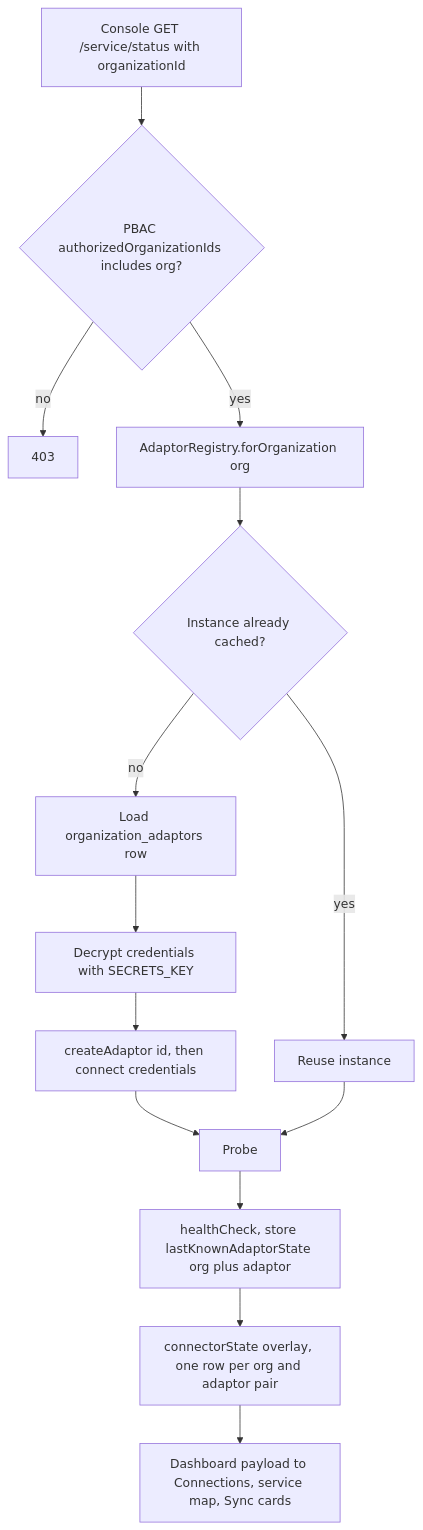
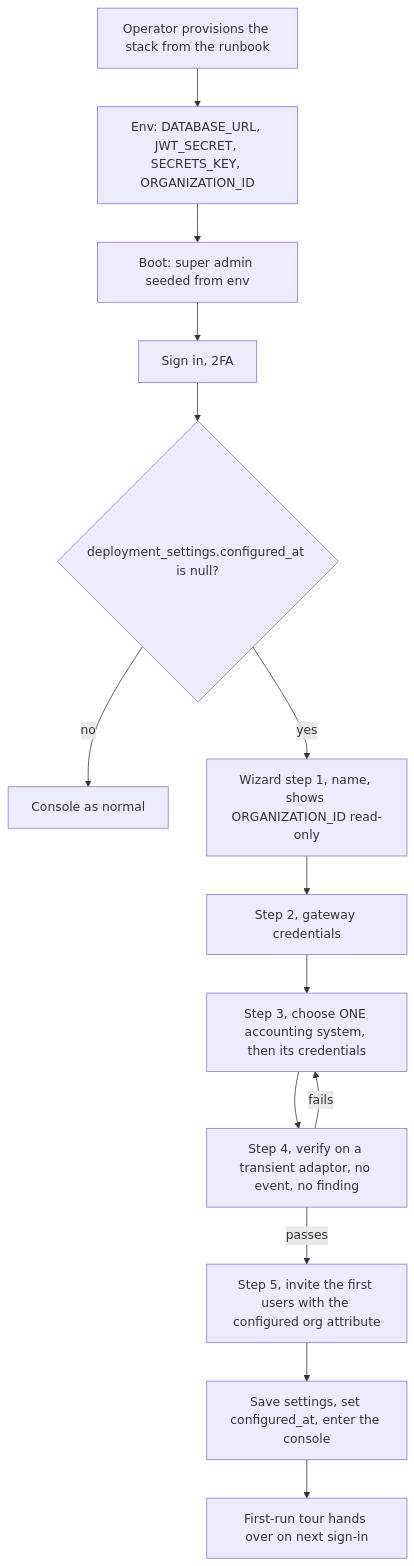
Before and after one commit to nathaniel-c-amber/amber-pay-adapter: the diagram in ONBOARDING-PLAN.md, drawn with Mermaid. The commit also changed other lines of this file, not shown here.

````diff
--- a/ONBOARDING-PLAN.md
+++ b/ONBOARDING-PLAN.md
@@ -310,16 +270,16 @@
 ```mermaid
 flowchart TD
-    A["Console GET /service/status with organizationId"] --> B{"PBAC authorizedOrganizationIds includes org?"}
-    B -->|no| Z["403"]
-    B -->|yes| C["AdaptorRegistry.forOrganization org"]
-    C --> D{"Instance already cached?"}
-    D -->|yes| E["Reuse instance"]
-    D -->|no| F["Load organization_adaptors row"]
-    F --> G["Decrypt credentials with SECRETS_KEY"]
-    G --> H["createAdaptor id, then connect credentials"]
-    H --> I["Probe"]
-    E --> I
-    I --> J["healthCheck, store lastKnownAdaptorState org plus adaptor"]
-    J --> K["connectorState overlay, one row per org and adaptor pair"]
-    K --> L["Dashboard payload to Connections, service map, Sync cards"]
+    A["Operator provisions the stack from the runbook"] --> B["Env: DATABASE_URL, JWT_SECRET, SECRETS_KEY, ORGANIZATION_ID"]
+    B --> C["Boot: super admin seeded from env"]
+    C --> D["Sign in, 2FA"]
+    D --> E{"deployment_settings.configured_at is null?"}
+    E -->|no| K["Console as normal"]
+    E -->|yes| F["Wizard step 1, name, shows ORGANIZATION_ID read-only"]
+    F --> G["Step 2, gateway credentials"]
+    G --> H["Step 3, choose ONE accounting system, then its credentials"]
+    H --> I["Step 4, verify on a transient adaptor, no event, no finding"]
+    I -->|fails| H
+    I -->|passes| J["Step 5, invite the first users with the configured org attribute"]
+    J --> L["Save settings, set configured_at, enter the console"]
+    L --> M["First-run tour hands over on next sign-in"]
 ```
````
